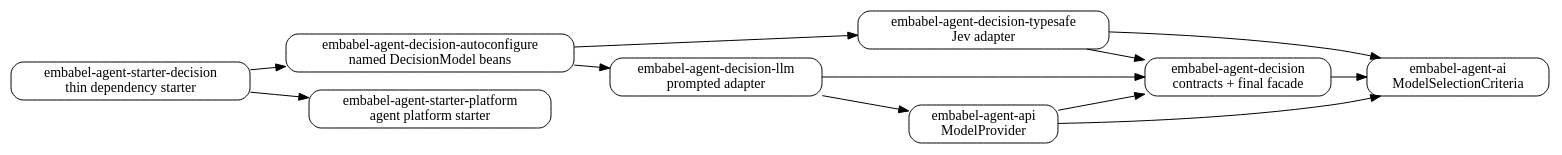
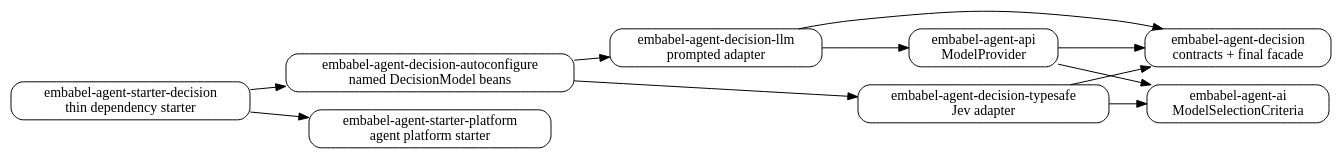
Before and after one commit to embabel/embabel-agent: the diagram in embabel-agent-docs/src/main/asciidoc/reference/diagrams/decision-modules.dot, drawn with Graphviz. The commit also changed 3 other files, not shown here.

```diff
--- a/embabel-agent-docs/src/main/asciidoc/reference/diagrams/decision-modules.dot
+++ b/embabel-agent-docs/src/main/asciidoc/reference/diagrams/decision-modules.dot
@@ -1,23 +1,22 @@
 digraph DecisionModules {
   rankdir=LR;
   node [shape=box, style="rounded"];
   ai [label="embabel-agent-ai\nModelSelectionCriteria"];
   api [label="embabel-agent-api\nModelProvider"];
   core [label="embabel-agent-decision\ncontracts + final facade"];
   jev [label="embabel-agent-decision-typesafe\nJev adapter"];
   llm [label="embabel-agent-decision-llm\nprompted adapter"];
   auto [label="embabel-agent-decision-autoconfigure\nnamed DecisionModel beans"];
   starter [label="embabel-agent-starter-decision\nthin dependency starter"];
   platform [label="embabel-agent-starter-platform\nagent platform starter"];
-  core -> ai;
   api -> core;
   api -> ai;
   jev -> core;
   jev -> ai;
   llm -> core;
   llm -> api;
   auto -> jev;
   auto -> llm;
   starter -> auto;
   starter -> platform;
 }
```
